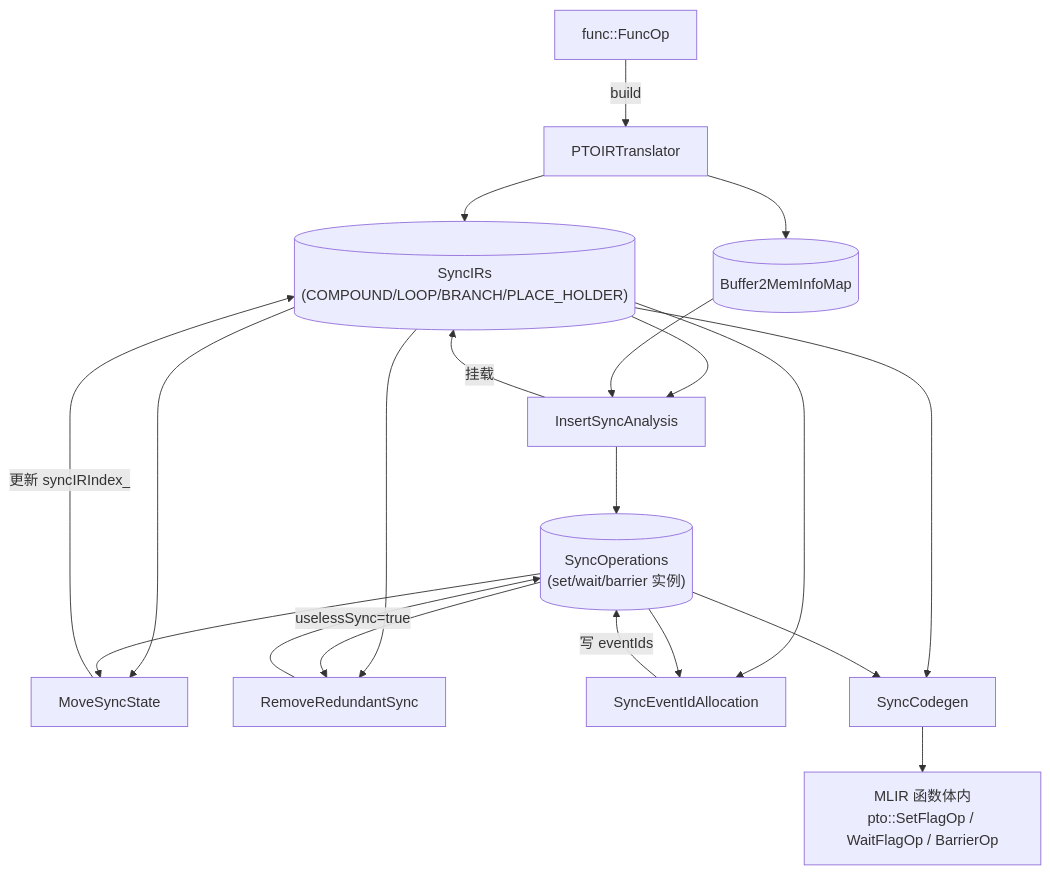
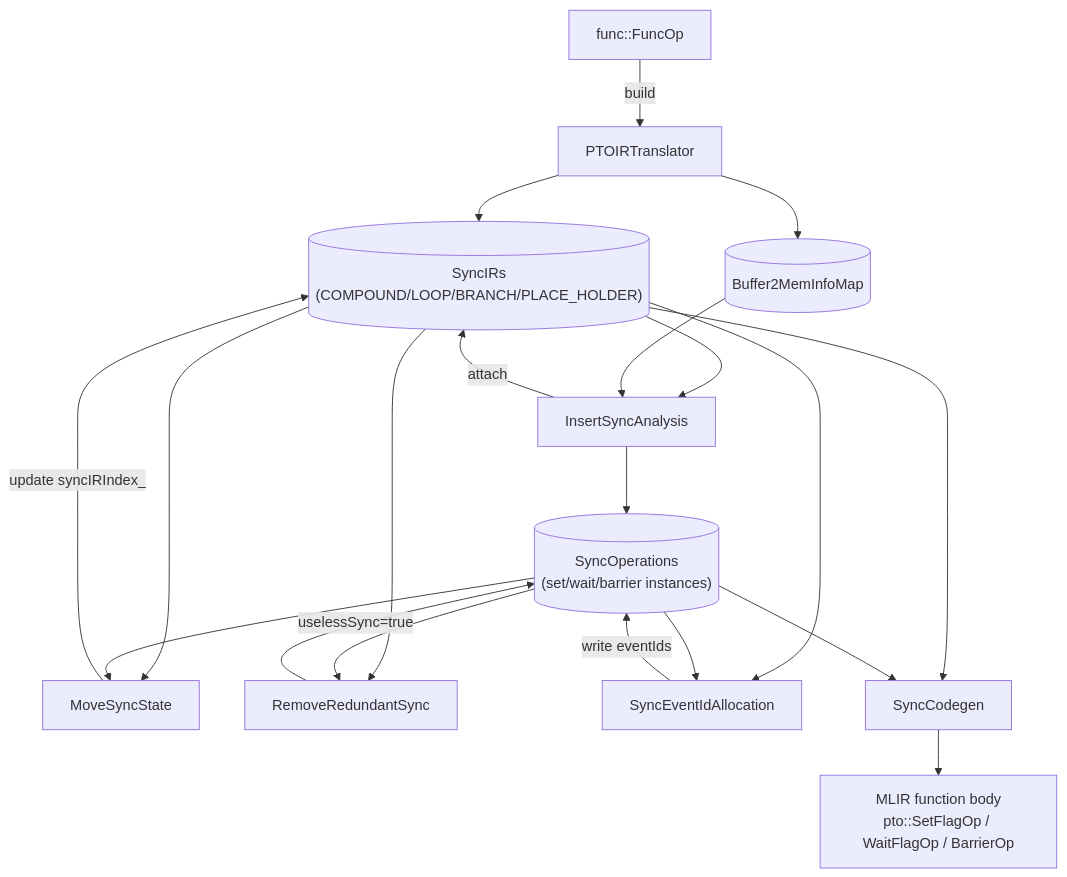
The first of 8 diagrams in docs/designs/ptoas-auto-sync-design.md (afshinarefi/PTOAS_Markham), drawn with Mermaid before and after one commit. The commit also changed other lines of this file and 20 other files, not shown here.

````diff
--- a/docs/designs/ptoas-auto-sync-design.md
+++ b/docs/designs/ptoas-auto-sync-design.md
@@ -335,27 +258,27 @@
 ```mermaid
 flowchart TD
   IN["func::FuncOp"] -->|build| TR["PTOIRTranslator"]
   TR --> SI[("SyncIRs<br/>(COMPOUND/LOOP/BRANCH/PLACE_HOLDER)")]
   TR --> BM[("Buffer2MemInfoMap")]
 
   SI --> AN["InsertSyncAnalysis"]
   BM --> AN
-  AN --> SO[("SyncOperations<br/>(set/wait/barrier 实例)")]
-  AN -->|挂载| SI
+  AN --> SO[("SyncOperations<br/>(set/wait/barrier instances)")]
+  AN -->|attach| SI
 
   SI --> MV["MoveSyncState"]
   SO --> MV
-  MV -->|更新 syncIRIndex_| SI
+  MV -->|update syncIRIndex_| SI
 
   SI --> RR["RemoveRedundantSync"]
   SO --> RR
   RR -->|uselessSync=true| SO
 
   SI --> EA["SyncEventIdAllocation"]
   SO --> EA
-  EA -->|写 eventIds| SO
+  EA -->|write eventIds| SO
 
   SI --> CG["SyncCodegen"]
   SO --> CG
-  CG --> OUT["MLIR 函数体内<br/>pto::SetFlagOp / WaitFlagOp / BarrierOp"]
+  CG --> OUT["MLIR function body<br/>pto::SetFlagOp / WaitFlagOp / BarrierOp"]
 ```
````
